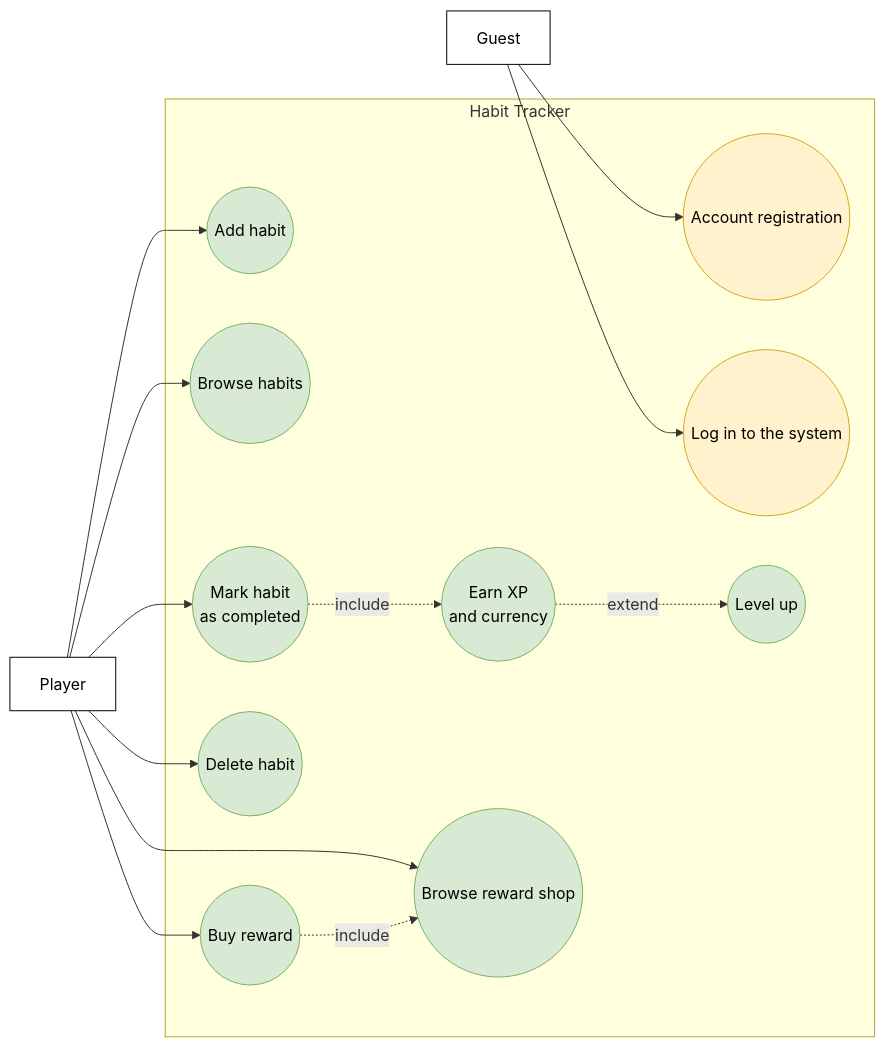
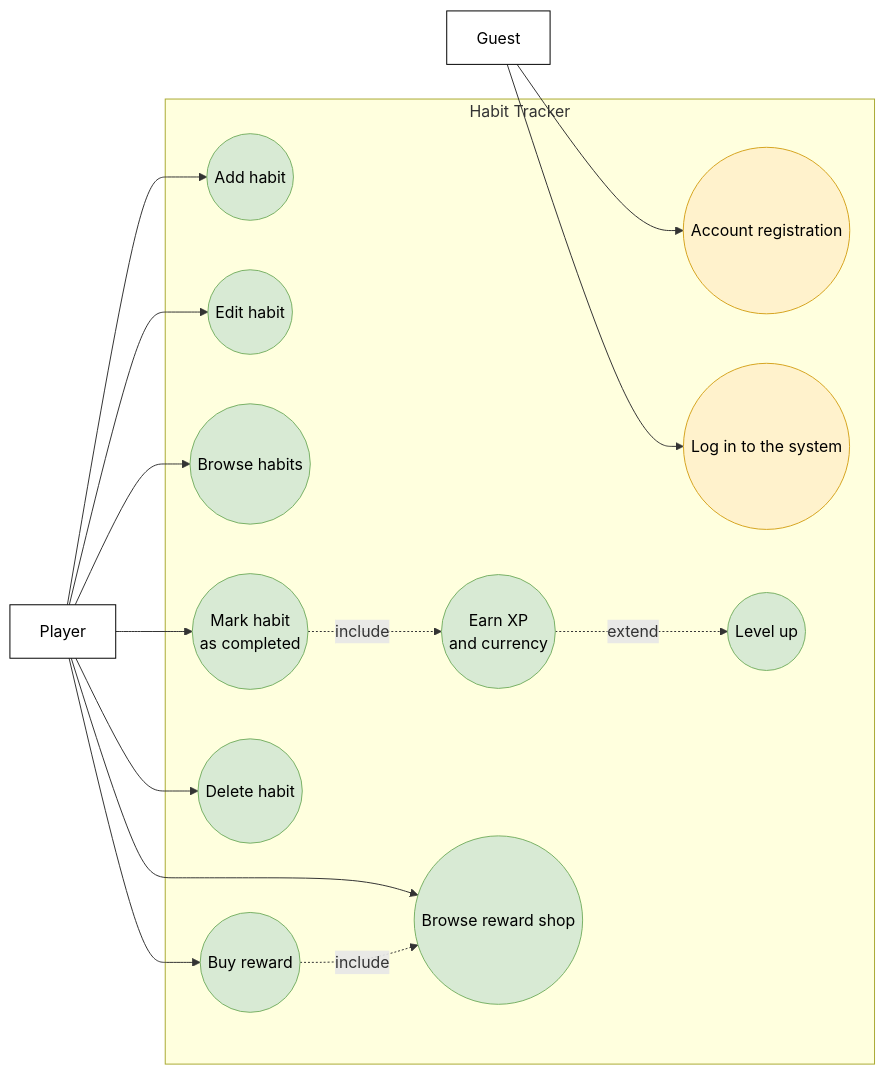
The diagram in docs/diagrams/use-case-diagram.md (Promatheusz/habit-tracker), drawn with Mermaid before and after one commit. The commit also changed 47 other files, not shown here.

Commit message:
feat: complete habit tracker rpg app

````diff
--- a/docs/diagrams/use-case-diagram.md
+++ b/docs/diagrams/use-case-diagram.md
@@ -5,40 +5,42 @@
 ```mermaid
 flowchart LR
     guest["Guest"]
     player["Player"]
 
     subgraph system[Habit Tracker]
         register(("Account registration"))
         login(("Log in to the system"))
         addHabit(("Add habit"))
+        editHabit(("Edit habit"))
         browseHabits(("Browse habits"))
         completeHabit(("Mark habit<br/>as completed"))
         earn(("Earn XP<br/>and currency"))
         levelUp(("Level up"))
         deleteHabit(("Delete habit"))
         buyReward(("Buy reward"))
         browseRewards(("Browse reward shop"))
     end
 
     guest --> register
     guest --> login
 
     player --> addHabit
+    player --> editHabit
     player --> browseHabits
     player --> completeHabit
     player --> deleteHabit
     player --> buyReward
     player --> browseRewards
 
     completeHabit -. "include" .-> earn
     buyReward -. "include" .-> browseRewards
     earn -. "extend" .-> levelUp
 
     classDef actor fill:#fff,stroke:#000,color:#000;
     classDef auth fill:#fff2cc,stroke:#d6a420,color:#000;
     classDef usecase fill:#d8ead4,stroke:#7ab266,color:#000;
 
     class guest,player actor;
     class register,login auth;
-    class addHabit,browseHabits,completeHabit,earn,levelUp,deleteHabit,buyReward,browseRewards usecase;
+    class addHabit,editHabit,browseHabits,completeHabit,earn,levelUp,deleteHabit,buyReward,browseRewards usecase;
 ```
````
